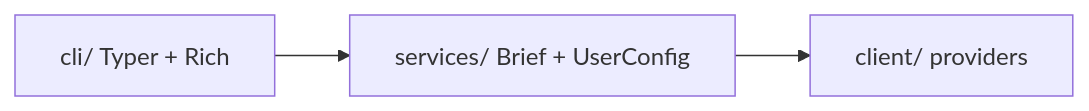
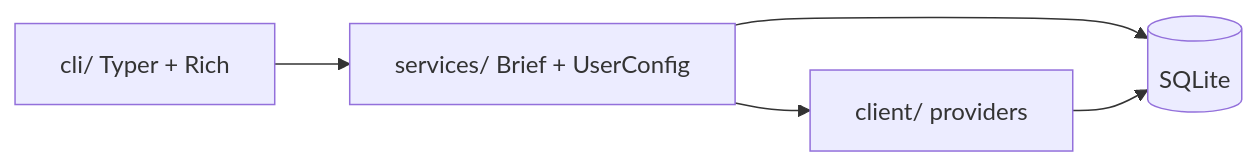
Before and after one commit to Kultrol/mydash: the diagram in README.md, drawn with Mermaid. The commit also changed other lines of this file and 5 other files, not shown here.

````diff
--- a/README.md
+++ b/README.md
@@ -172,7 +209,10 @@
 ```mermaid
 flowchart LR
     CLI["cli/ Typer + Rich"]
     SVC["services/ Brief + UserConfig"]
     DATA["client/ providers"]
+    DB[("SQLite")]
     CLI --> SVC --> DATA
+    SVC --> DB
+    DATA --> DB
 ```
````
